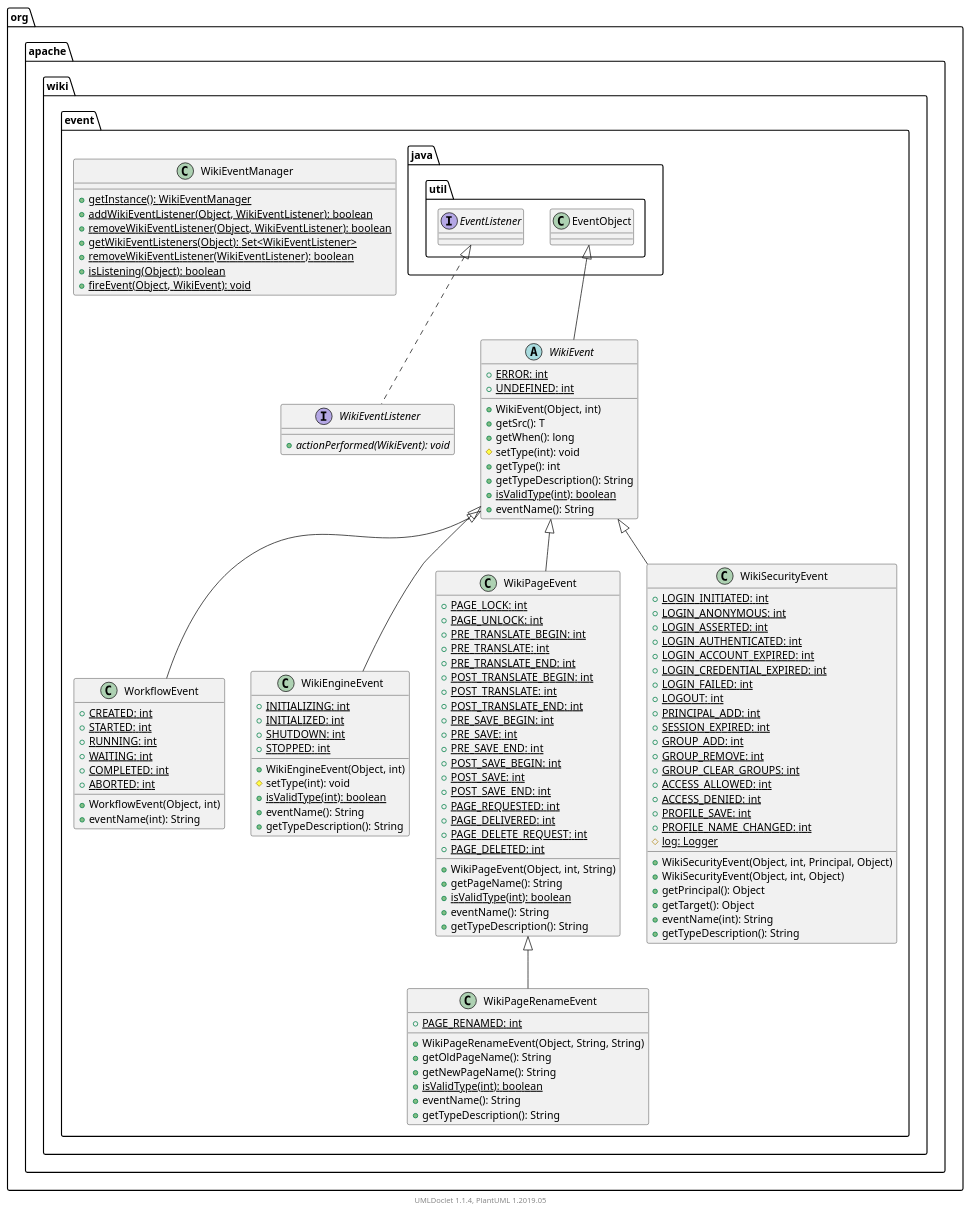
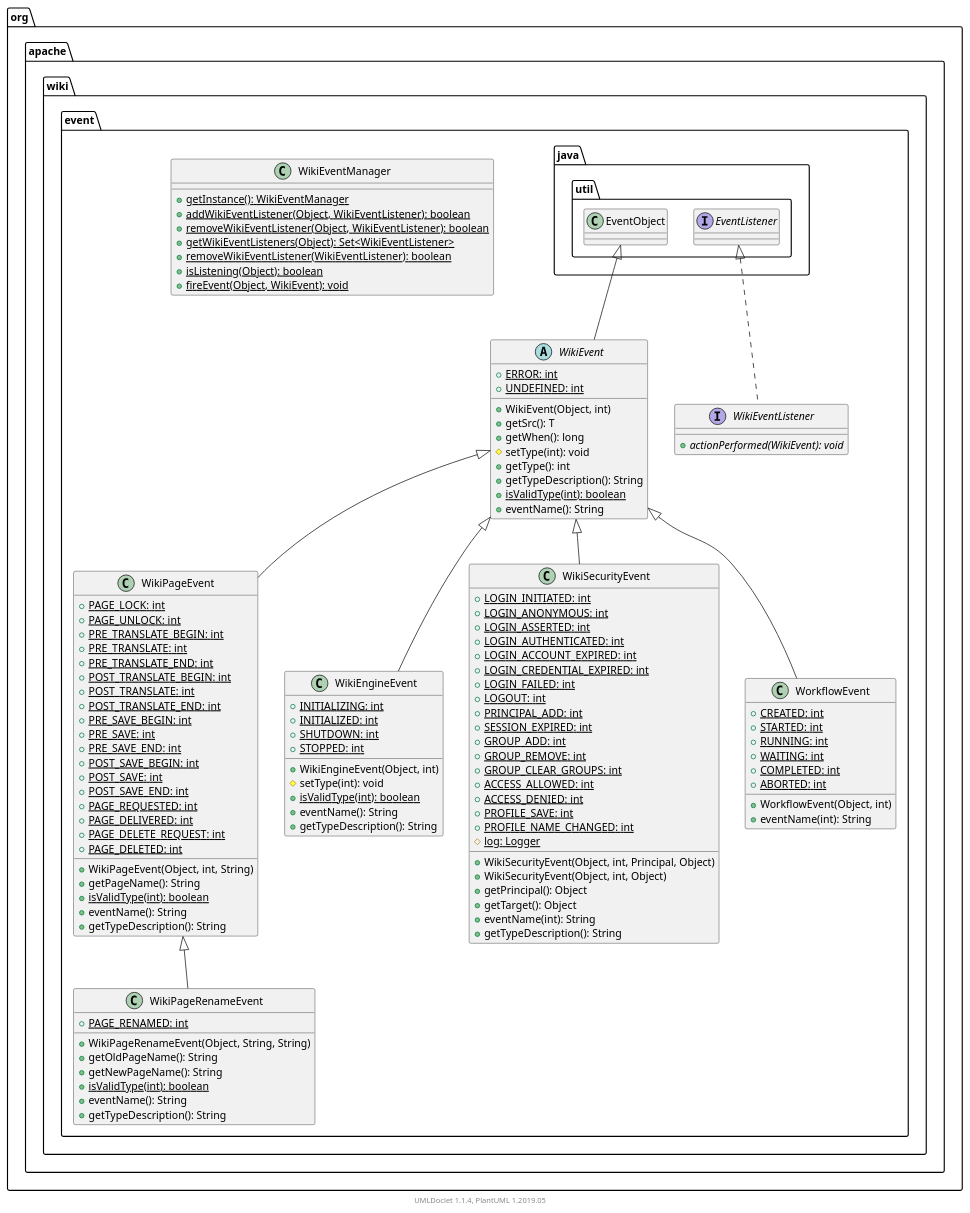
The diagram in apidocs/2.11.0.M7-SNAPSHOT/org/apache/wiki/event/package.puml (apache/jspwiki-site), drawn with PlantUML before and after one commit. The commit also changed other lines of this file and 1207 other files, not shown here.

```diff
--- a/apidocs/2.11.0.M7-SNAPSHOT/org/apache/wiki/event/package.puml
+++ b/apidocs/2.11.0.M7-SNAPSHOT/org/apache/wiki/event/package.puml
@@ -1,138 +1,138 @@
 @startuml
 
     namespace org.apache.wiki.event {
-
-        class WikiPageRenameEvent [[WikiPageRenameEvent.html]] {
-            {static} +PAGE_RENAMED: int
-            +WikiPageRenameEvent(Object, String, String)
-            +getOldPageName(): String
-            +getNewPageName(): String
-            {static} +isValidType(int): boolean
-            +eventName(): String
-            +getTypeDescription(): String
-        }
-
-        interface WikiEventListener [[WikiEventListener.html]] {
-            {abstract} +actionPerformed(WikiEvent): void
-        }
-
-        class WorkflowEvent [[WorkflowEvent.html]] {
-            {static} +CREATED: int
-            {static} +STARTED: int
-            {static} +RUNNING: int
-            {static} +WAITING: int
-            {static} +COMPLETED: int
-            {static} +ABORTED: int
-            +WorkflowEvent(Object, int)
-            +eventName(int): String
-        }
-
-        class WikiEngineEvent [[WikiEngineEvent.html]] {
-            {static} +INITIALIZING: int
-            {static} +INITIALIZED: int
-            {static} +SHUTDOWN: int
-            {static} +STOPPED: int
-            +WikiEngineEvent(Object, int)
-            #setType(int): void
-            {static} +isValidType(int): boolean
-            +eventName(): String
-            +getTypeDescription(): String
-        }
 
         class WikiPageEvent [[WikiPageEvent.html]] {
             {static} +PAGE_LOCK: int
             {static} +PAGE_UNLOCK: int
             {static} +PRE_TRANSLATE_BEGIN: int
             {static} +PRE_TRANSLATE: int
             {static} +PRE_TRANSLATE_END: int
             {static} +POST_TRANSLATE_BEGIN: int
             {static} +POST_TRANSLATE: int
             {static} +POST_TRANSLATE_END: int
             {static} +PRE_SAVE_BEGIN: int
             {static} +PRE_SAVE: int
             {static} +PRE_SAVE_END: int
             {static} +POST_SAVE_BEGIN: int
             {static} +POST_SAVE: int
             {static} +POST_SAVE_END: int
             {static} +PAGE_REQUESTED: int
             {static} +PAGE_DELIVERED: int
             {static} +PAGE_DELETE_REQUEST: int
             {static} +PAGE_DELETED: int
             +WikiPageEvent(Object, int, String)
             +getPageName(): String
             {static} +isValidType(int): boolean
             +eventName(): String
             +getTypeDescription(): String
         }
 
-        abstract class WikiEvent [[WikiEvent.html]] {
-            {static} +ERROR: int
-            {static} +UNDEFINED: int
-            +WikiEvent(Object, int)
-            +getSrc(): T
-            +getWhen(): long
+        class WikiEngineEvent [[WikiEngineEvent.html]] {
+            {static} +INITIALIZING: int
+            {static} +INITIALIZED: int
+            {static} +SHUTDOWN: int
+            {static} +STOPPED: int
+            +WikiEngineEvent(Object, int)
             #setType(int): void
-            +getType(): int
-            +getTypeDescription(): String
             {static} +isValidType(int): boolean
             +eventName(): String
-        }
-
-        class WikiEventManager [[WikiEventManager.html]] {
-            {static} +getInstance(): WikiEventManager
-            {static} +addWikiEventListener(Object, WikiEventListener): boolean
-            {static} +removeWikiEventListener(Object, WikiEventListener): boolean
-            {static} +getWikiEventListeners(Object): Set<WikiEventListener>
-            {static} +removeWikiEventListener(WikiEventListener): boolean
-            {static} +isListening(Object): boolean
-            {static} +fireEvent(Object, WikiEvent): void
+            +getTypeDescription(): String
         }
 
         class WikiSecurityEvent [[WikiSecurityEvent.html]] {
             {static} +LOGIN_INITIATED: int
             {static} +LOGIN_ANONYMOUS: int
             {static} +LOGIN_ASSERTED: int
             {static} +LOGIN_AUTHENTICATED: int
             {static} +LOGIN_ACCOUNT_EXPIRED: int
             {static} +LOGIN_CREDENTIAL_EXPIRED: int
             {static} +LOGIN_FAILED: int
             {static} +LOGOUT: int
             {static} +PRINCIPAL_ADD: int
             {static} +SESSION_EXPIRED: int
             {static} +GROUP_ADD: int
             {static} +GROUP_REMOVE: int
             {static} +GROUP_CLEAR_GROUPS: int
             {static} +ACCESS_ALLOWED: int
             {static} +ACCESS_DENIED: int
             {static} +PROFILE_SAVE: int
             {static} +PROFILE_NAME_CHANGED: int
             {static} #log: Logger
             +WikiSecurityEvent(Object, int, Principal, Object)
             +WikiSecurityEvent(Object, int, Object)
             +getPrincipal(): Object
             +getTarget(): Object
             +eventName(int): String
             +getTypeDescription(): String
         }
 
-        WikiPageEvent <|-- WikiPageRenameEvent
+        abstract class WikiEvent [[WikiEvent.html]] {
+            {static} +ERROR: int
+            {static} +UNDEFINED: int
+            +WikiEvent(Object, int)
+            +getSrc(): T
+            +getWhen(): long
+            #setType(int): void
+            +getType(): int
+            +getTypeDescription(): String
+            {static} +isValidType(int): boolean
+            +eventName(): String
+        }
+
+        class WorkflowEvent [[WorkflowEvent.html]] {
+            {static} +CREATED: int
+            {static} +STARTED: int
+            {static} +RUNNING: int
+            {static} +WAITING: int
+            {static} +COMPLETED: int
+            {static} +ABORTED: int
+            +WorkflowEvent(Object, int)
+            +eventName(int): String
+        }
+
+        class WikiEventManager [[WikiEventManager.html]] {
+            {static} +getInstance(): WikiEventManager
+            {static} +addWikiEventListener(Object, WikiEventListener): boolean
+            {static} +removeWikiEventListener(Object, WikiEventListener): boolean
+            {static} +getWikiEventListeners(Object): Set<WikiEventListener>
+            {static} +removeWikiEventListener(WikiEventListener): boolean
+            {static} +isListening(Object): boolean
+            {static} +fireEvent(Object, WikiEvent): void
+        }
+
+        interface WikiEventListener [[WikiEventListener.html]] {
+            {abstract} +actionPerformed(WikiEvent): void
+        }
+
+        class WikiPageRenameEvent [[WikiPageRenameEvent.html]] {
+            {static} +PAGE_RENAMED: int
+            +WikiPageRenameEvent(Object, String, String)
+            +getOldPageName(): String
+            +getNewPageName(): String
+            {static} +isValidType(int): boolean
+            +eventName(): String
+            +getTypeDescription(): String
+        }
+
+        WikiEvent <|-- WikiPageEvent
+
+        WikiEvent <|-- WikiEngineEvent
+
+        WikiEvent <|-- WikiSecurityEvent
+
+        class java.util.EventObject
+        java.util.EventObject <|-- WikiEvent
+
+        WikiEvent <|-- WorkflowEvent
 
         interface java.util.EventListener
         java.util.EventListener <|.. WikiEventListener
 
-        WikiEvent <|-- WorkflowEvent
-
-        WikiEvent <|-- WikiEngineEvent
-
-        WikiEvent <|-- WikiPageEvent
-
-        class java.util.EventObject
-        java.util.EventObject <|-- WikiEvent
-
-        WikiEvent <|-- WikiSecurityEvent
+        WikiPageEvent <|-- WikiPageRenameEvent
 
     }
 
 
     center footer UMLDoclet 1.1.4, PlantUML 1.2019.05
 @enduml
```
